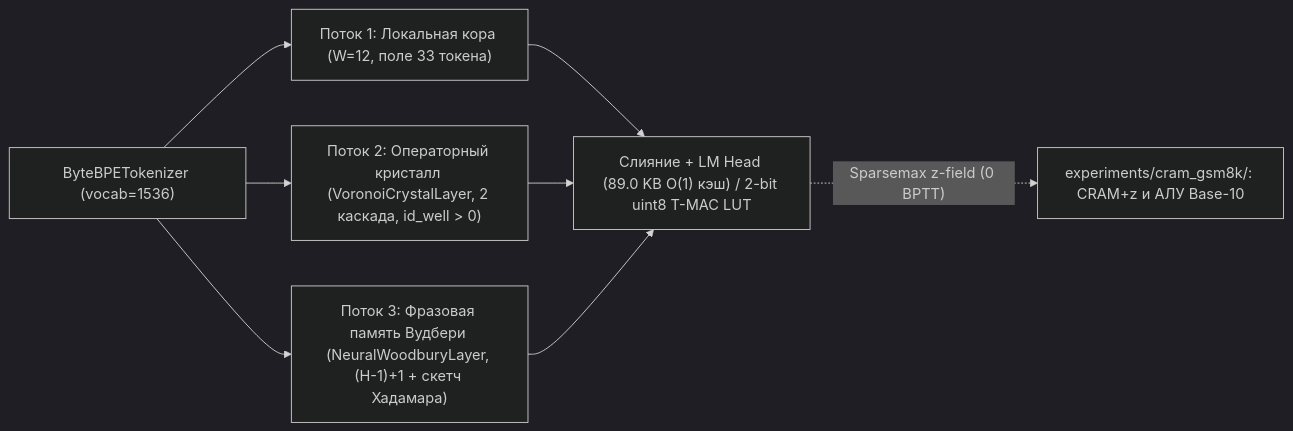
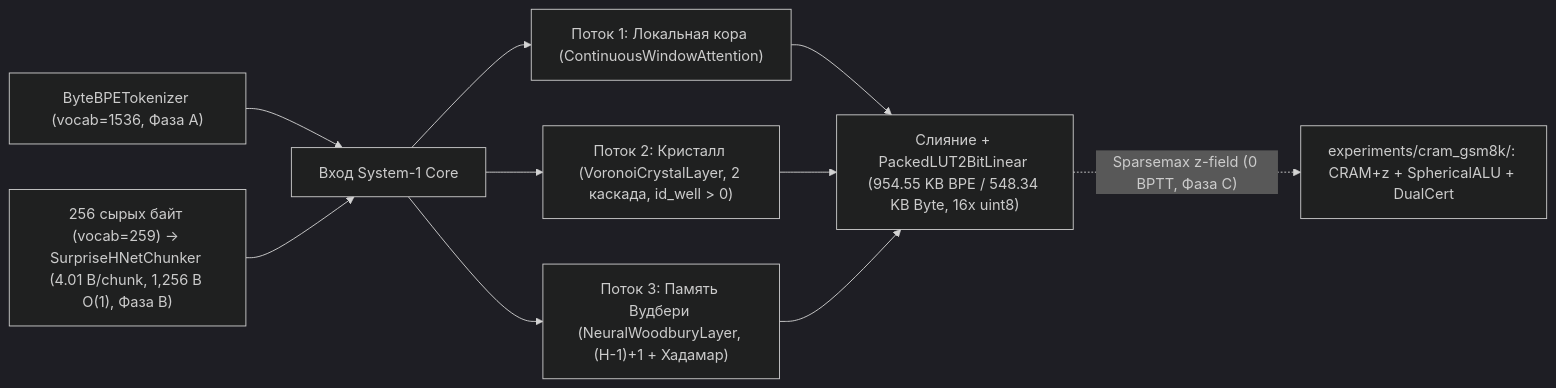
One commit to sunil123456897/simvq-split changed the diagram in README.md. Above: the diagram before and after it, drawn with Mermaid (dark theme). The commit also changed other lines of this file, not shown here.

Commit message:
Docs: update README.md with complete Calcite-5 Phases A-D (548.34 KB ByteHNet & CRAM+z)

````diff
--- a/README.md
+++ b/README.md
@@ -9,10 +13,12 @@
 ```mermaid
 flowchart LR
-    TOK["ByteBPETokenizer (vocab=1536)"] --> C1["Поток 1: Локальная кора (W=12, поле 33 токена)"]
-    TOK --> C2["Поток 2: Операторный кристалл (VoronoiCrystalLayer, 2 каскада, id_well > 0)"]
-    TOK --> C3["Поток 3: Фразовая память Вудбери (NeuralWoodburyLayer, (H-1)+1 + скетч Хадамара)"]
-    C1 --> FUSE["Слияние + LM Head (89.0 KB O(1) кэш) / 2-bit uint8 T-MAC LUT"]
+    BPE["ByteBPETokenizer (vocab=1536, Фаза A)"] --> IN["Вход System-1 Core"]
+    RAW["256 сырых байт (vocab=259) -> SurpriseHNetChunker (4.01 B/chunk, 1,256 B O(1), Фаза B)"] --> IN
+    IN --> C1["Поток 1: Локальная кора (ContinuousWindowAttention)"]
+    IN --> C2["Поток 2: Кристалл (VoronoiCrystalLayer, 2 каскада, id_well > 0)"]
+    IN --> C3["Поток 3: Память Вудбери (NeuralWoodburyLayer, (H-1)+1 + Хадамар)"]
+    C1 --> FUSE["Слияние + PackedLUT2BitLinear (954.55 KB BPE / 548.34 KB Byte, 16x uint8)"]
     C2 --> FUSE
     C3 --> FUSE
-    FUSE -. "Sparsemax z-field (0 BPTT)" .-> CRAM["experiments/cram_gsm8k/: CRAM+z и АЛУ Base-10"]
+    FUSE -. "Sparsemax z-field (0 BPTT, Фаза C)" .-> CRAM["experiments/cram_gsm8k/: CRAM+z + SphericalALU + DualCert"]
 ```
````
